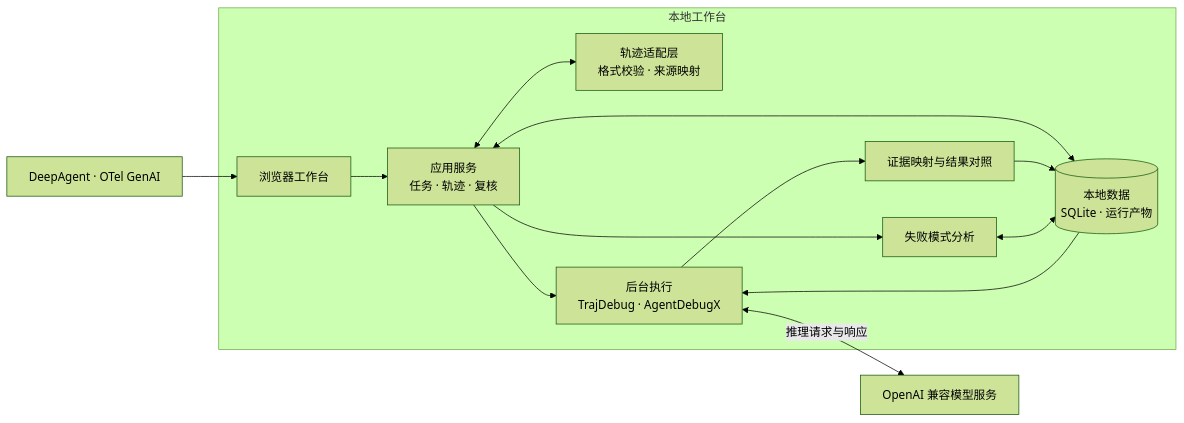
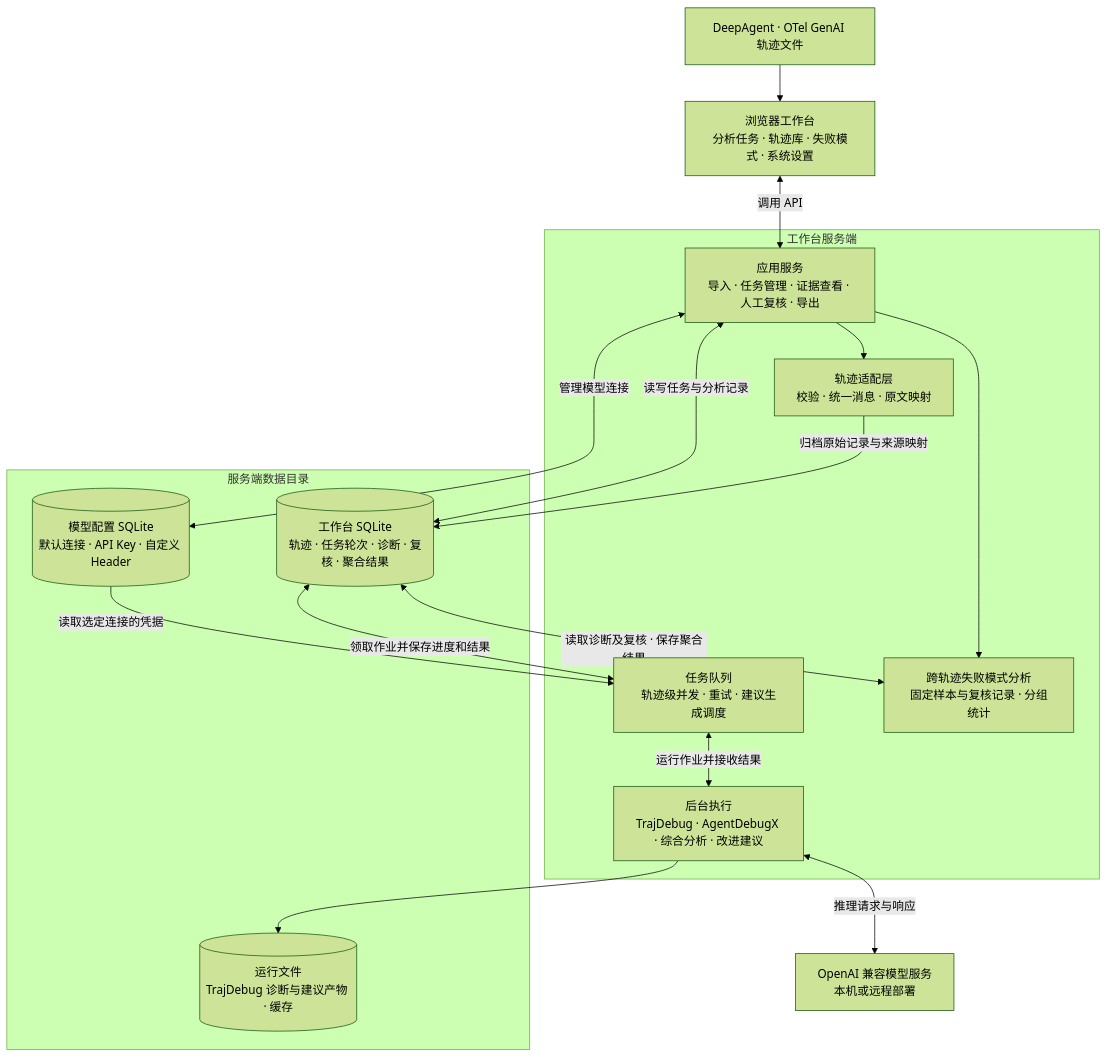
Before and after one commit to szluoqy-byte/agent-trace-diagnostics: the first of 2 diagrams in docs/architecture.md, drawn with Mermaid (forest theme). The commit also changed other lines of this file and 22 other files, not shown here.

````diff
--- a/docs/architecture.md
+++ b/docs/architecture.md
@@ -7,26 +7,35 @@
 ```mermaid
-flowchart LR
-    Sources["DeepAgent · OTel GenAI"]
-    Model["OpenAI 兼容模型服务"]
+flowchart TB
+    Sources["DeepAgent · OTel GenAI 轨迹文件"]
+    UI["浏览器工作台<br/>分析任务 · 轨迹库 · 失败模式 · 系统设置"]
+    Model["OpenAI 兼容模型服务<br/>本机或远程部署"]
 
-    subgraph Local["本地工作台"]
-        UI["浏览器工作台"]
-        API["应用服务<br/>任务 · 轨迹 · 复核"]
-        Adapter["轨迹适配层<br/>格式校验 · 来源映射"]
-        Engine["后台执行<br/>TrajDebug · AgentDebugX"]
-        Compare["证据映射与结果对照"]
-        Patterns["失败模式分析"]
-        Data[("本地数据<br/>SQLite · 运行产物")]
+    subgraph Workbench["工作台服务端"]
+        API["应用服务<br/>导入 · 任务管理 · 证据查看 · 人工复核 · 导出"]
+        Adapter["轨迹适配层<br/>校验 · 统一消息 · 原文映射"]
+        Queue["任务队列<br/>轨迹级并发 · 重试 · 建议生成调度"]
+        Diagnosis["后台执行<br/>TrajDebug · AgentDebugX · 综合分析 · 改进建议"]
+        Patterns["跨轨迹失败模式分析<br/>固定样本与复核记录 · 分组统计"]
 
-        UI --> API
-        API <--> Adapter
-        API --> Engine
-        API <--> Data
-        Data --> Engine
-        Engine --> Compare --> Data
-        API --> Patterns <--> Data
+        API --> Adapter
+        API --> Patterns
+        Queue <-->|运行作业并接收结果| Diagnosis
+    end
+
+    subgraph Storage["服务端数据目录"]
+        Workspace[("工作台 SQLite<br/>轨迹 · 任务轮次 · 诊断 · 复核 · 聚合结果")]
+        Connections[("模型配置 SQLite<br/>默认连接 · API Key · 自定义 Header")]
+        Artifacts[("运行文件<br/>TrajDebug 诊断与建议产物 · 缓存")]
     end
 
     Sources --> UI
-    Engine <-->|推理请求与响应| Model
+    UI <-->|调用 API| API
+    Adapter -->|归档原始记录与来源映射| Workspace
+    API <-->|读写任务与分析记录| Workspace
+    API <-->|管理模型连接| Connections
+    Workspace <-->|领取作业并保存进度和结果| Queue
+    Connections -->|读取选定连接的凭据| Queue
+    Workspace <-->|读取诊断及复核 · 保存聚合结果| Patterns
+    Diagnosis --> Artifacts
+    Diagnosis <-->|推理请求与响应| Model
 ```
````
